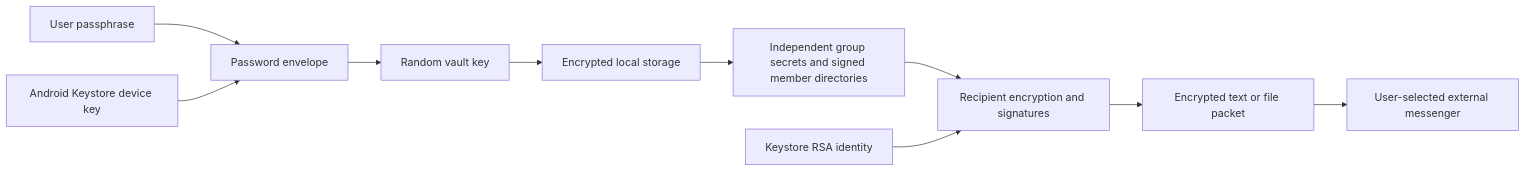
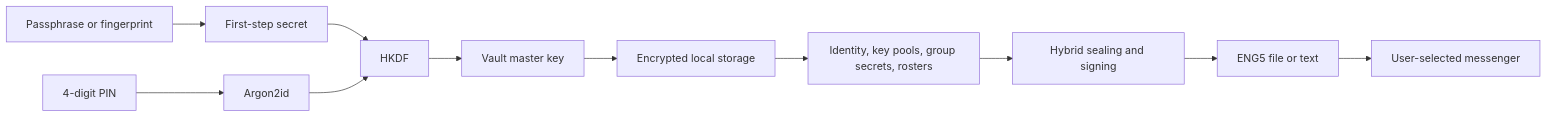
The first of 2 diagrams in SYSTEM_DESIGN.md (Tersy89/QuietKey), drawn with Mermaid before and after one commit. The commit also changed other lines of this file and 3 other files, not shown here.

````diff
--- a/SYSTEM_DESIGN.md
+++ b/SYSTEM_DESIGN.md
@@ -37,12 +38,13 @@
 ```mermaid
 flowchart LR
-  User[User passphrase] --> Lock[Password envelope]
-  Device[Android Keystore device key] --> Lock
-  Lock --> Master[Random vault key]
+  Step1[Passphrase or fingerprint] --> Secret[First-step secret]
+  PIN[4-digit PIN] --> Argon[Argon2id]
+  Secret --> HK[HKDF]
+  Argon --> HK
+  HK --> Master[Vault master key]
   Master --> Vault[Encrypted local storage]
-  Vault --> Group[Independent group secrets and signed member directories]
-  Group --> Crypto[Recipient encryption and signatures]
-  Identity[Keystore RSA identity] --> Crypto
-  Crypto --> Packet[Encrypted text or file packet]
-  Packet --> Carrier[User-selected external messenger]
+  Vault --> Keys[Identity, key pools, group secrets, rosters]
+  Keys --> Seal[Hybrid sealing and signing]
+  Seal --> Packet[ENG5 file or text]
+  Packet --> Carrier[User-selected messenger]
 ```
````
